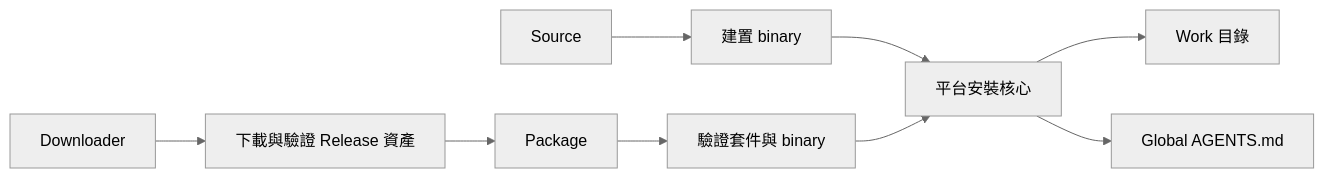
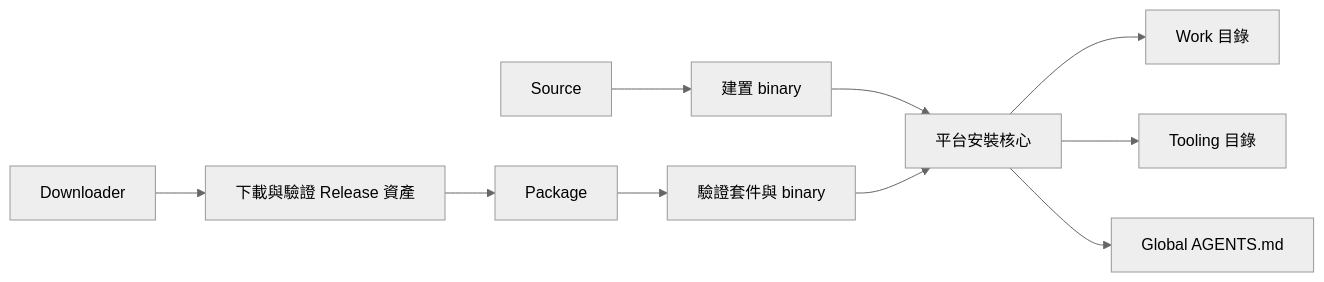
The diagram in docs/release/architecture.md (kurodog870153/agent-work-kit), drawn with Mermaid (neutral theme) before and after one commit. The commit also changed other lines of this file and 918 other files, not shown here.

````diff
--- a/docs/release/architecture.md
+++ b/docs/release/architecture.md
@@ -17,11 +17,12 @@
 ```mermaid
 flowchart LR
     Source[Source] --> Build[建置 binary]
     Downloader[Downloader] --> Assets[下載與驗證 Release 資產]
     Assets --> Package[Package]
     Package --> Verify[驗證套件與 binary]
     Build --> Core[平台安裝核心]
     Verify --> Core
     Core --> Work[Work 目錄]
+    Core --> Tooling[Tooling 目錄]
     Core --> Global[Global AGENTS.md]
 ```
````
